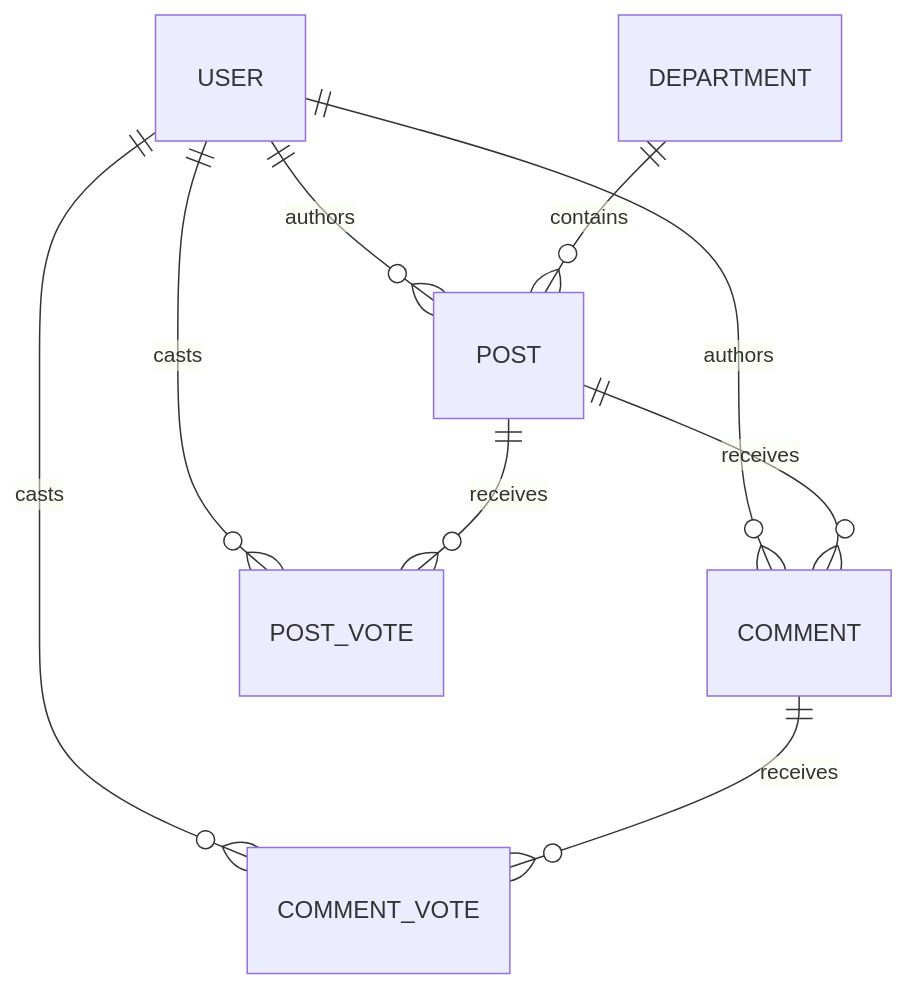
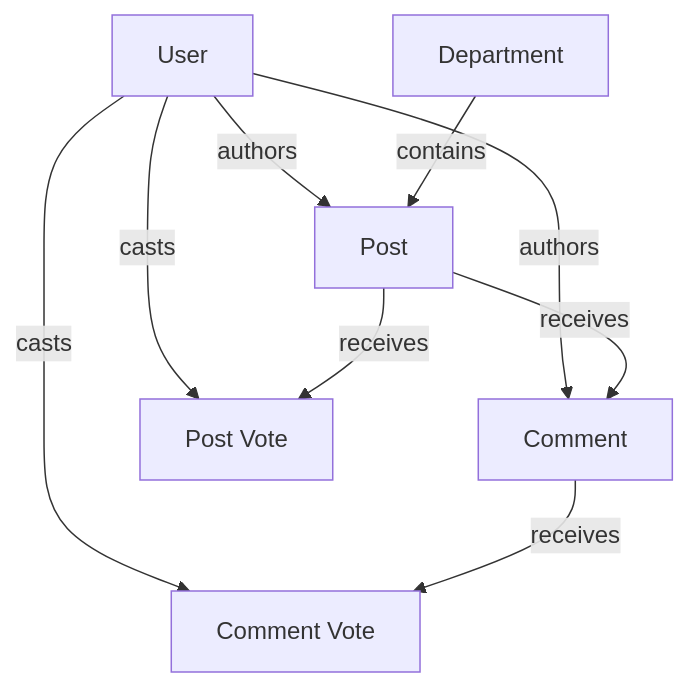
Before and after one commit to MSR-Projects7274/pulse: the diagram in README.md, drawn with Mermaid.

Commit message:
Fix README Mermaid diagram rendering

````diff
--- a/README.md
+++ b/README.md
@@ -142,14 +142,14 @@
 ```mermaid
-erDiagram
-    USER ||--o{ POST : authors
-    USER ||--o{ COMMENT : authors
-    USER ||--o{ POST_VOTE : casts
-    USER ||--o{ COMMENT_VOTE : casts
+graph TD
+    USER[User] -->|authors| POST[Post]
+    USER -->|authors| COMMENT[Comment]
+    USER -->|casts| POST_VOTE[Post Vote]
+    USER -->|casts| COMMENT_VOTE[Comment Vote]
 
-    DEPARTMENT ||--o{ POST : contains
+    DEPARTMENT[Department] -->|contains| POST
 
-    POST ||--o{ COMMENT : receives
-    POST ||--o{ POST_VOTE : receives
+    POST -->|receives| COMMENT
+    POST -->|receives| POST_VOTE
 
-    COMMENT ||--o{ COMMENT_VOTE : receives
+    COMMENT -->|receives| COMMENT_VOTE
 ```
````
